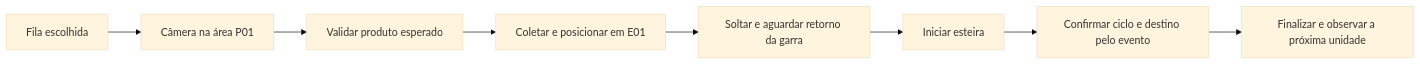
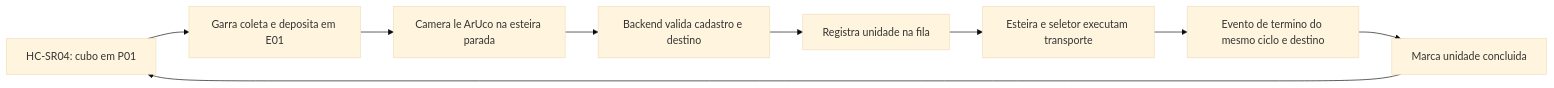
One commit to juletopi/inteliEsteira changed the diagram in docs/operacao-fila.md. Above: the diagram before and after it, drawn with Mermaid (base theme). The commit also changed other lines of this file and 27 other files, not shown here.

Commit message:
feat: automatiza fluxo com HC-SR04 e fila por ArUco

````diff
--- a/docs/operacao-fila.md
+++ b/docs/operacao-fila.md
@@ -8,10 +6,11 @@
 ```mermaid
 flowchart LR
-    F[Fila escolhida] --> C[Câmera na área P01]
-    C --> V[Validar produto esperado]
-    V --> G[Coletar e posicionar em E01]
-    G --> E[Soltar e aguardar retorno da garra]
-    E --> T[Iniciar esteira]
-    T --> S[Confirmar ciclo e destino pelo evento]
-    S --> N[Finalizar e observar a próxima unidade]
+    P[HC-SR04: cubo em P01] --> G[Garra coleta e deposita em E01]
+    G --> C[Camera le ArUco na esteira parada]
+    C --> V[Backend valida cadastro e destino]
+    V --> Q[Registra unidade na fila]
+    Q --> T[Esteira e seletor executam transporte]
+    T --> E[Evento de termino do mesmo ciclo e destino]
+    E --> F[Marca unidade concluida]
+    F --> P
 ```
````
